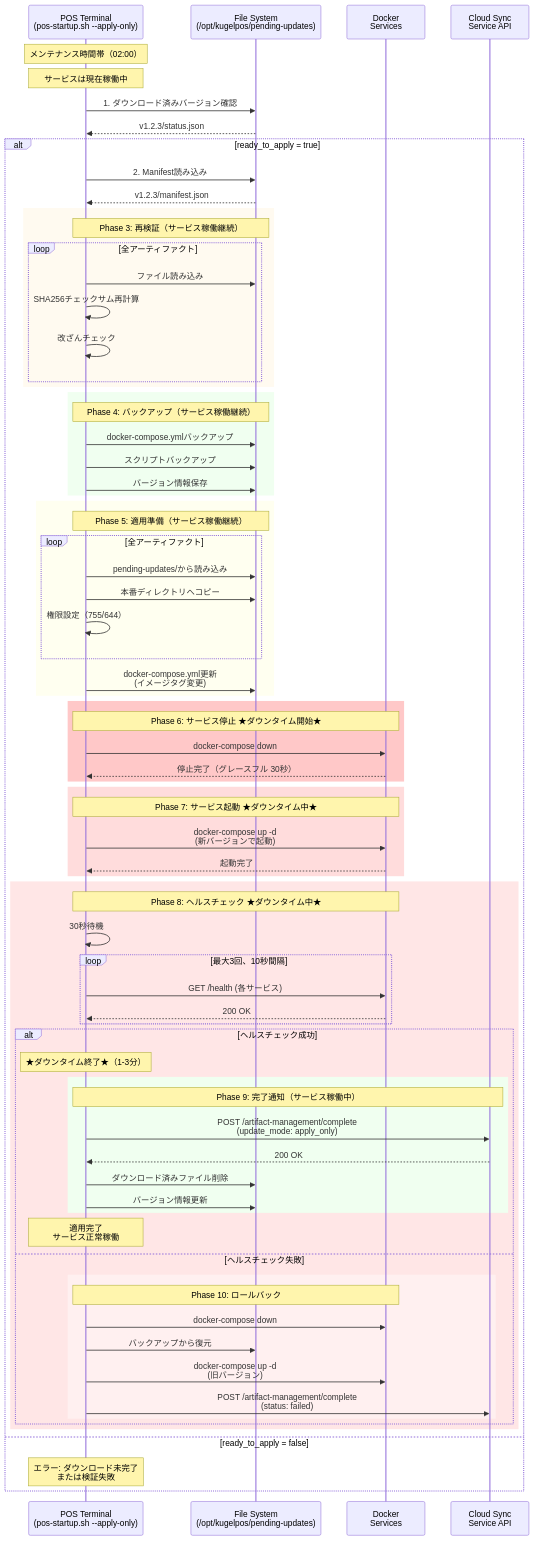
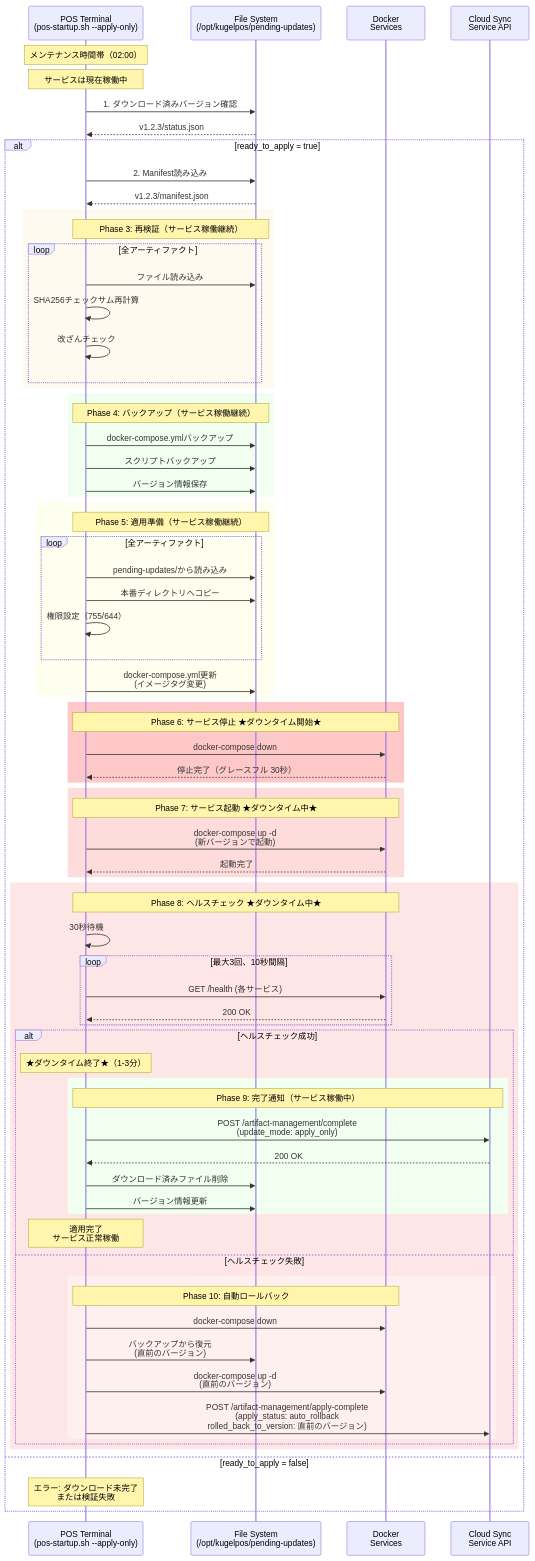
Before and after one commit to gaocuiping/kugelpos-stpos-docs-new: diagram 12 of 16 in notes/2-upgrade/03_アーキテクチャ解説書.md, drawn with Mermaid. The commit also changed other lines of this file and 2 other files, not shown here.

```diff
--- a/notes/2-upgrade/03_アーキテクチャ解説書.md
+++ b/notes/2-upgrade/03_アーキテクチャ解説書.md
@@ -1134,12 +1149,12 @@
                 Note over POS: 適用完了<br/>サービス正常稼働
             else ヘルスチェック失敗
                 rect rgb(255, 240, 240)
-                    Note over POS, DOCKER: Phase 10: ロールバック
+                    Note over POS, DOCKER: Phase 10: 自動ロールバック
 
                     POS->>DOCKER: docker-compose down
-                    POS->>FS: バックアップから復元
-                    POS->>DOCKER: docker-compose up -d<br/>(旧バージョン)
-                    POS->>CSYNC: POST /artifact-management/complete<br/>(status: failed)
+                    POS->>FS: バックアップから復元<br/>(直前のバージョン)
+                    POS->>DOCKER: docker-compose up -d<br/>(直前のバージョン)
+                    POS->>CSYNC: POST /artifact-management/apply-complete<br/>(apply_status: auto_rollback<br/>rolled_back_to_version: 直前のバージョン)
                 end
             end
         end
```
